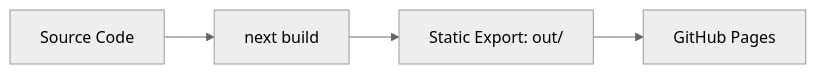
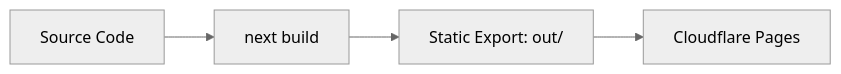
Before and after one commit to Raoof128/Portfolio: the first of 2 diagrams in docs/ARCHITECTURE.md, drawn with Mermaid (neutral theme). The commit also changed other lines of this file and 203 other files, not shown here.

````diff
--- a/docs/ARCHITECTURE.md
+++ b/docs/ARCHITECTURE.md
@@ -14,6 +14,6 @@
 ```mermaid
 flowchart LR
   A["Source Code"] --> B["next build"]
   B --> C["Static Export: out/"]
-  C --> D["GitHub Pages"]
+  C --> D["Cloudflare Pages"]
 ```
````
